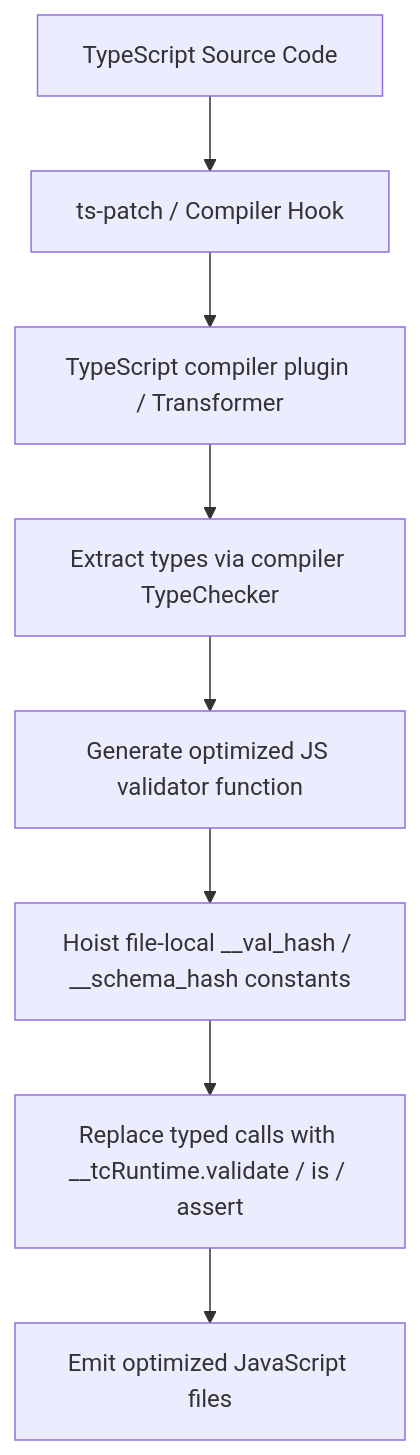
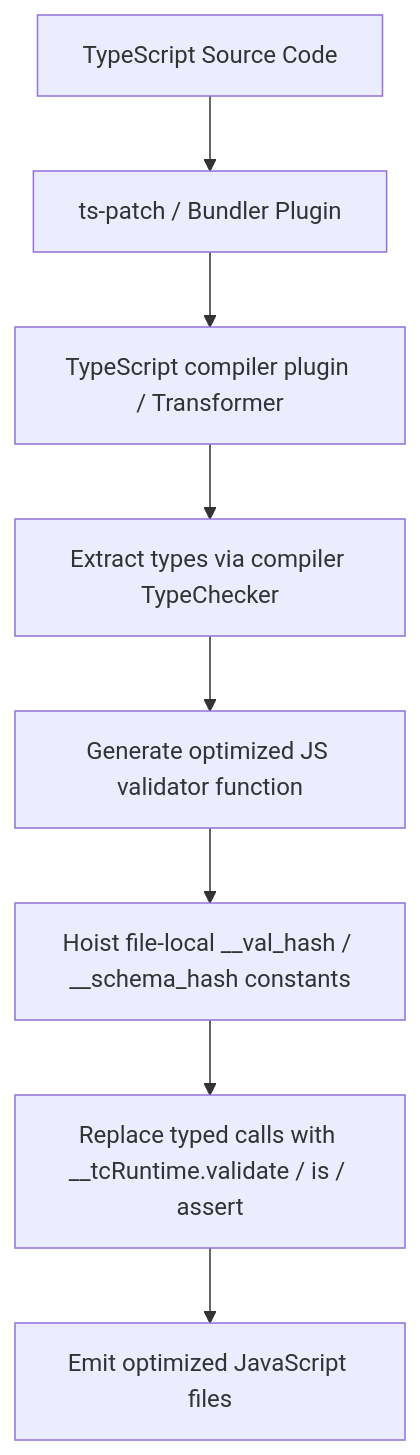
Before and after one commit to webergency-utils/typechecker: the diagram in README.md, drawn with Mermaid. The commit also changed other lines of this file and 43 other files, not shown here.

````diff
--- a/README.md
+++ b/README.md
@@ -99,10 +129,10 @@
 ```mermaid
 graph TD
-    A[TypeScript Source Code] --> B[ts-patch / Compiler Hook]
+    A[TypeScript Source Code] --> B[ts-patch / Bundler Plugin]
     B --> C[TypeScript compiler plugin / Transformer]
     C --> D[Extract types via compiler TypeChecker]
     D --> E[Generate optimized JS validator function]
     E --> F[Hoist file-local __val_hash / __schema_hash constants]
     F --> G[Replace typed calls with __tcRuntime.validate / is / assert]
     G --> H[Emit optimized JavaScript files]
 ```
````
